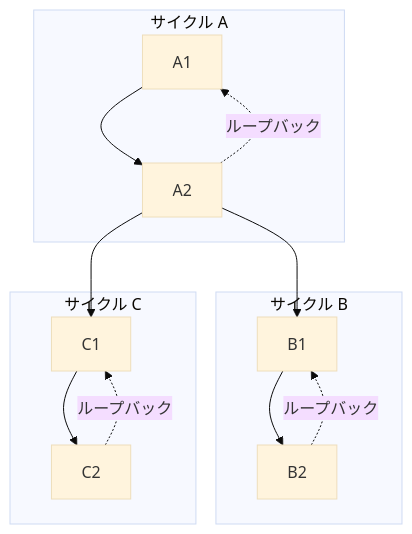
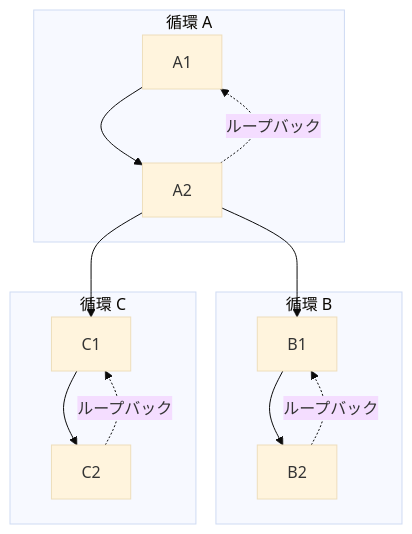
The tenth of 11 diagrams in docs/ja/demo/demo_structure.md (Mr-xiaotian/CelestialFlow), drawn with Mermaid (base theme) before and after one commit. The commit also changed other lines of this file and 278 other files, not shown here.

````diff
--- a/docs/ja/demo/demo_structure.md
+++ b/docs/ja/demo/demo_structure.md
@@ -196,20 +196,20 @@
 ```mermaid
 flowchart TD
-    subgraph CycleA["サイクル A"]
+    subgraph CycleA["循環 A"]
         A1["A1"] --> A2["A2"]
         A2 -.->|ループバック| A1
     end
 
-    subgraph CycleB["サイクル B"]
+    subgraph CycleB["循環 B"]
         B1["B1"] --> B2["B2"]
         B2 -.->|ループバック| B1
     end
 
-    subgraph CycleC["サイクル C"]
+    subgraph CycleC["循環 C"]
         C1["C1"] --> C2["C2"]
         C2 -.->|ループバック| C1
     end
 
     A2 --> B1
     A2 --> C1
 ```
````
